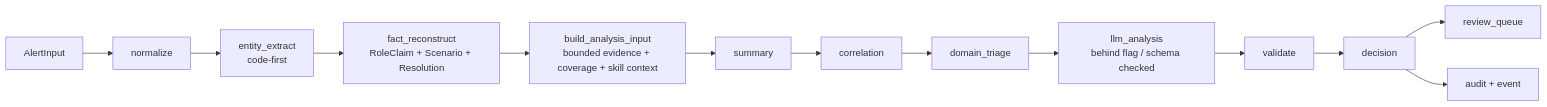
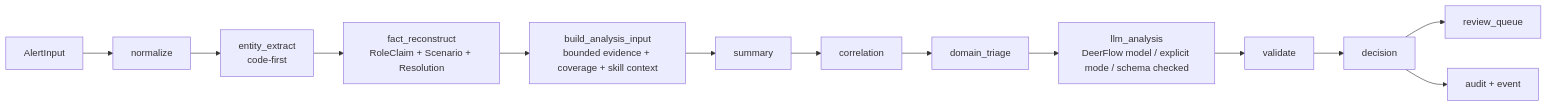
One commit to yydspanda/deer-flow changed the fourth of 10 diagrams in .notes/ai_soc/soc-agent-solution.md. Above: the diagram before and after it, drawn with Mermaid. The commit also changed other lines of this file and 31 other files, not shown here.

Commit message:
feat(soc): connect runtime to DeerFlow LLM models

````diff
--- a/.notes/ai_soc/soc-agent-solution.md
+++ b/.notes/ai_soc/soc-agent-solution.md
@@ -256,15 +256,15 @@
 ```mermaid
 flowchart LR
     I["AlertInput"] --> N["normalize"]
     N --> X["entity_extract<br/>code-first"]
     X --> F["fact_reconstruct<br/>RoleClaim + Scenario + Resolution"]
     F --> B["build_analysis_input<br/>bounded evidence + coverage + skill context"]
     B --> S["summary"]
     S --> C["correlation"]
     C --> D["domain_triage"]
-    D --> L["llm_analysis<br/>behind flag / schema checked"]
+    D --> L["llm_analysis<br/>DeerFlow model / explicit mode / schema checked"]
     L --> V["validate"]
     V --> R["decision"]
     R --> Q["review_queue"]
     R --> A["audit + event"]
 ```
````
